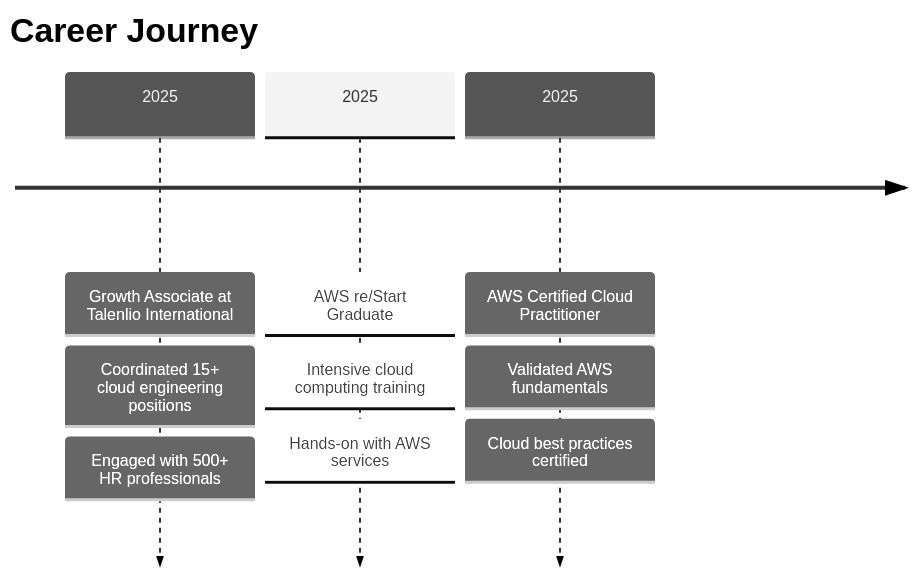
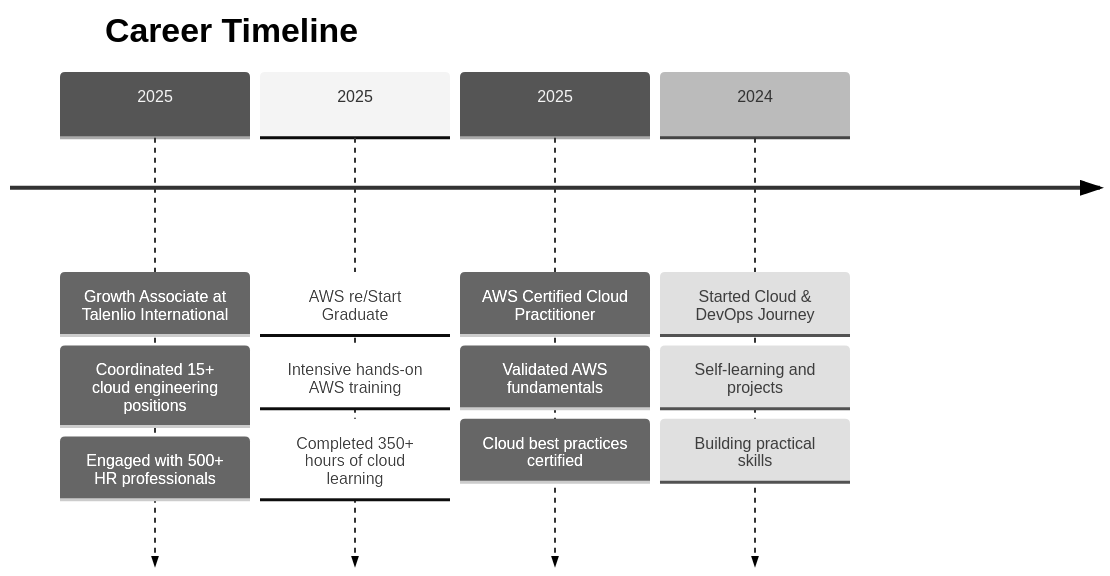
One commit to pravinsakhare/pravinsakhare changed the first of 2 diagrams in README.md. Above: the diagram before and after it, drawn with Mermaid (neutral theme). The commit also changed other lines of this file, not shown here.

````diff
--- a/README.md
+++ b/README.md
@@ -225,13 +217,16 @@
 ```mermaid
 timeline
-    title Career Journey
+    title Career Timeline
     2025 : Growth Associate at Talenlio International
          : Coordinated 15+ cloud engineering positions
          : Engaged with 500+ HR professionals
     2025 : AWS re/Start Graduate
-         : Intensive cloud computing training
-         : Hands-on with AWS services
+         : Intensive hands-on AWS training
+         : Completed 350+ hours of cloud learning
     2025 : AWS Certified Cloud Practitioner
          : Validated AWS fundamentals
          : Cloud best practices certified
+    2024 : Started Cloud & DevOps Journey
+         : Self-learning and projects
+         : Building practical skills
 ```
````
